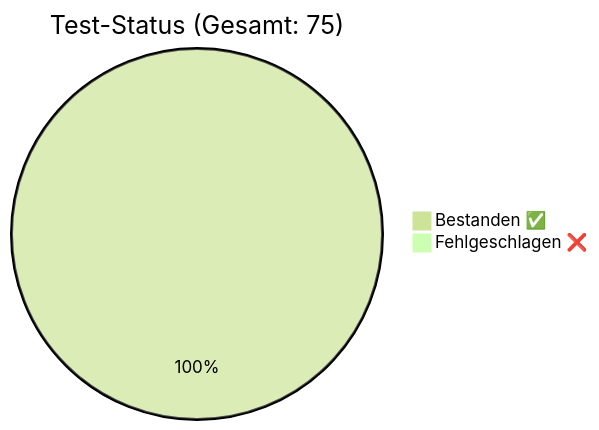
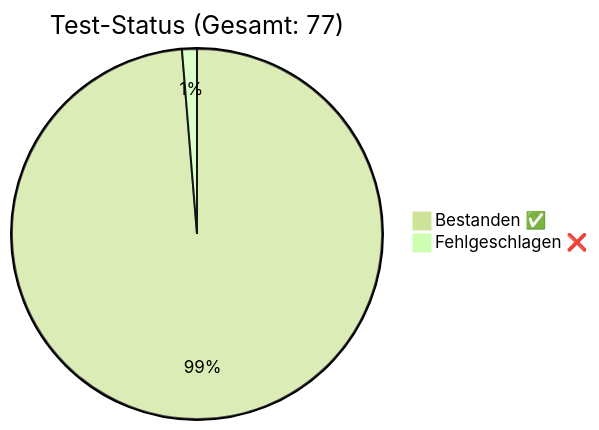
One commit to rorila/GCS changed the diagram in docs/QA_Report.md. Above: the diagram before and after it, drawn with Mermaid (forest theme). The commit also changed other lines of this file and 50 other files, not shown here.

````diff
--- a/docs/QA_Report.md
+++ b/docs/QA_Report.md
@@ -7,5 +7,5 @@
 ```mermaid
-pie title Test-Status (Gesamt: 75)
-    "Bestanden ✅" : 75
-    "Fehlgeschlagen ❌" : 0
+pie title Test-Status (Gesamt: 77)
+    "Bestanden ✅" : 76
+    "Fehlgeschlagen ❌" : 1
 ```
````
